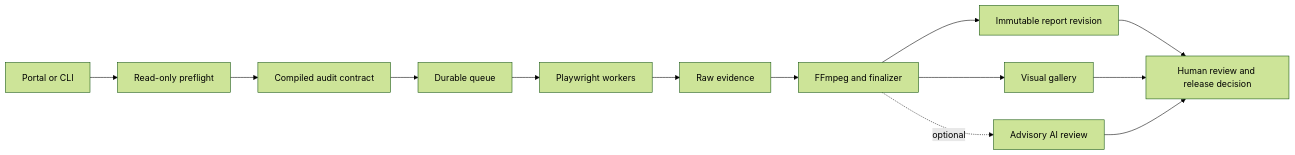
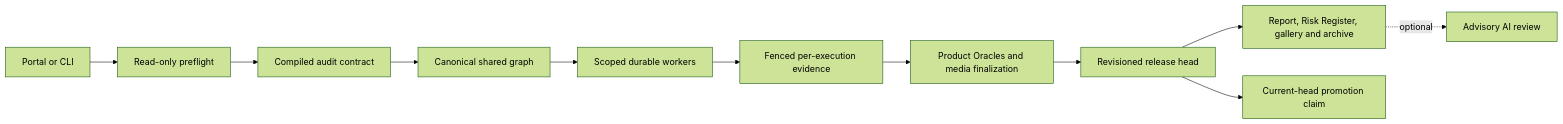
One commit to patrick-hudson/ai-mobile-testing changed the diagram in README.md. Above: the diagram before and after it, drawn with Mermaid (forest theme). The commit also changed other lines of this file and 11 other files, not shown here.

Commit message:
feat: cut release CI over to shared authority (U8)

````diff
--- a/README.md
+++ b/README.md
@@ -132,15 +128,13 @@
 ```mermaid
 flowchart LR
     A[Portal or CLI] --> B[Read-only preflight]
     B --> C[Compiled audit contract]
-    C --> D[Durable queue]
-    D --> E[Playwright workers]
-    E --> F[Raw evidence]
-    F --> G[FFmpeg and finalizer]
-    G --> H[Immutable report revision]
-    G --> I[Visual gallery]
-    G -. optional .-> J[Advisory AI review]
-    H --> K[Human review and release decision]
-    I --> K
-    J --> K
+    C --> D[Canonical shared graph]
+    D --> E[Scoped durable workers]
+    E --> F[Fenced per-execution evidence]
+    F --> G[Product Oracles and media finalization]
+    G --> H[Revisioned release head]
+    H --> I[Report, Risk Register, gallery and archive]
+    I -. optional .-> J[Advisory AI review]
+    H --> K[Current-head promotion claim]
 ```
````
